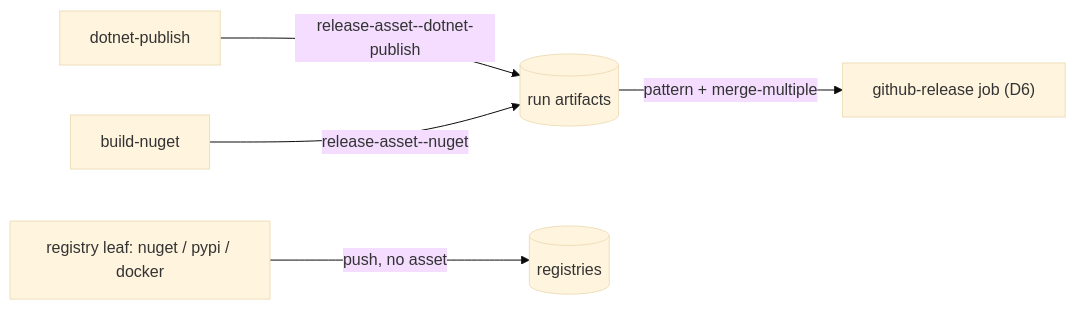
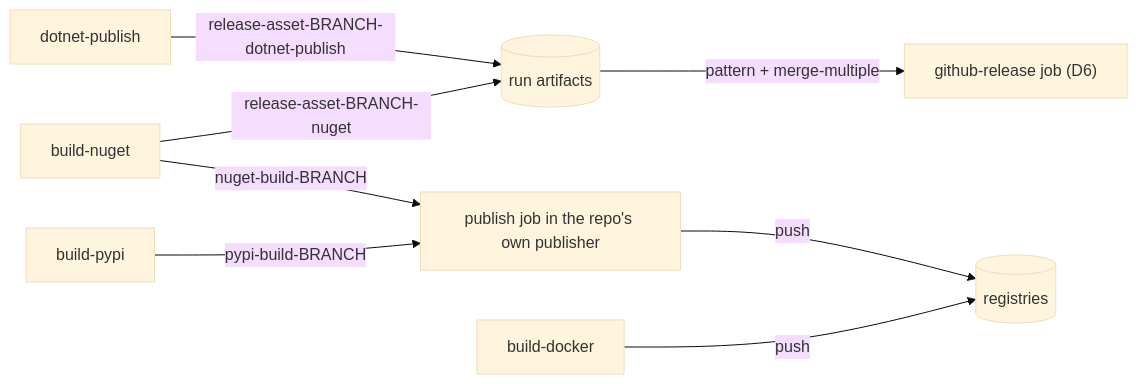
The third of 5 diagrams in WORKFLOW.md (ptr727/ProjectTemplate), drawn with Mermaid (base theme) before and after one commit. The commit also changed other lines of this file and 11 other files, not shown here.

````diff
--- a/WORKFLOW.md
+++ b/WORKFLOW.md
@@ -79,7 +79,10 @@
 ```mermaid
 flowchart LR
-  dotnet[dotnet-publish] -->|release-asset-<branch>-dotnet-publish| store[(run artifacts)]
-  nuget[build-nuget] -->|release-asset-<branch>-nuget| store
+  dotnet[dotnet-publish] -->|release-asset-BRANCH-dotnet-publish| store[(run artifacts)]
+  nuget[build-nuget] -->|release-asset-BRANCH-nuget| store
   store -->|pattern + merge-multiple| rel["github-release job (D6)"]
-  reg[registry leaf: nuget / pypi / docker] -->|push, no asset| registries[(registries)]
+  nuget -->|nuget-build-BRANCH| pub["publish job in the repo's own publisher"]
+  pypi[build-pypi] -->|pypi-build-BRANCH| pub
+  pub -->|push| registries[(registries)]
+  docker[build-docker] -->|push| registries
 ```
````
